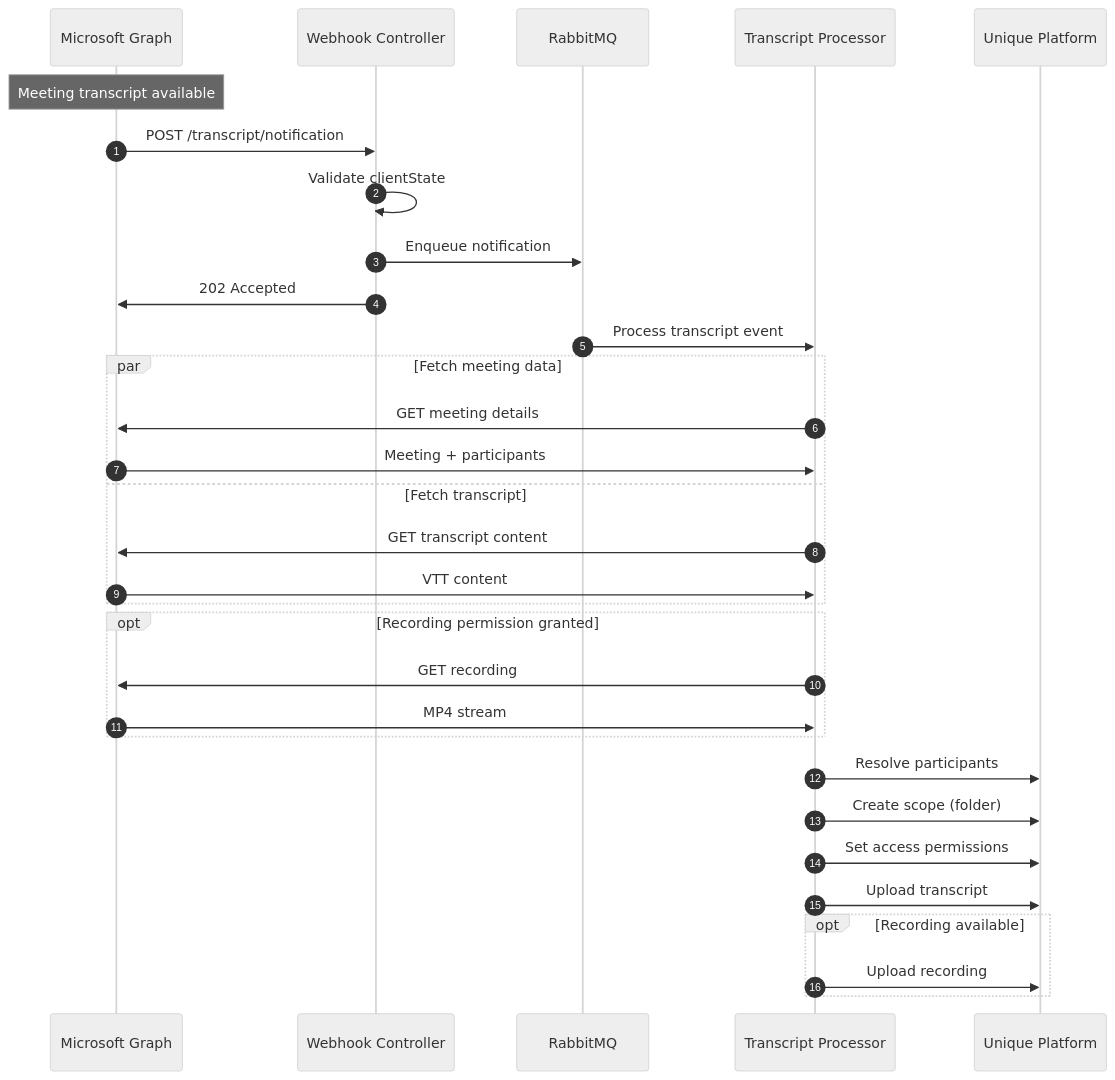
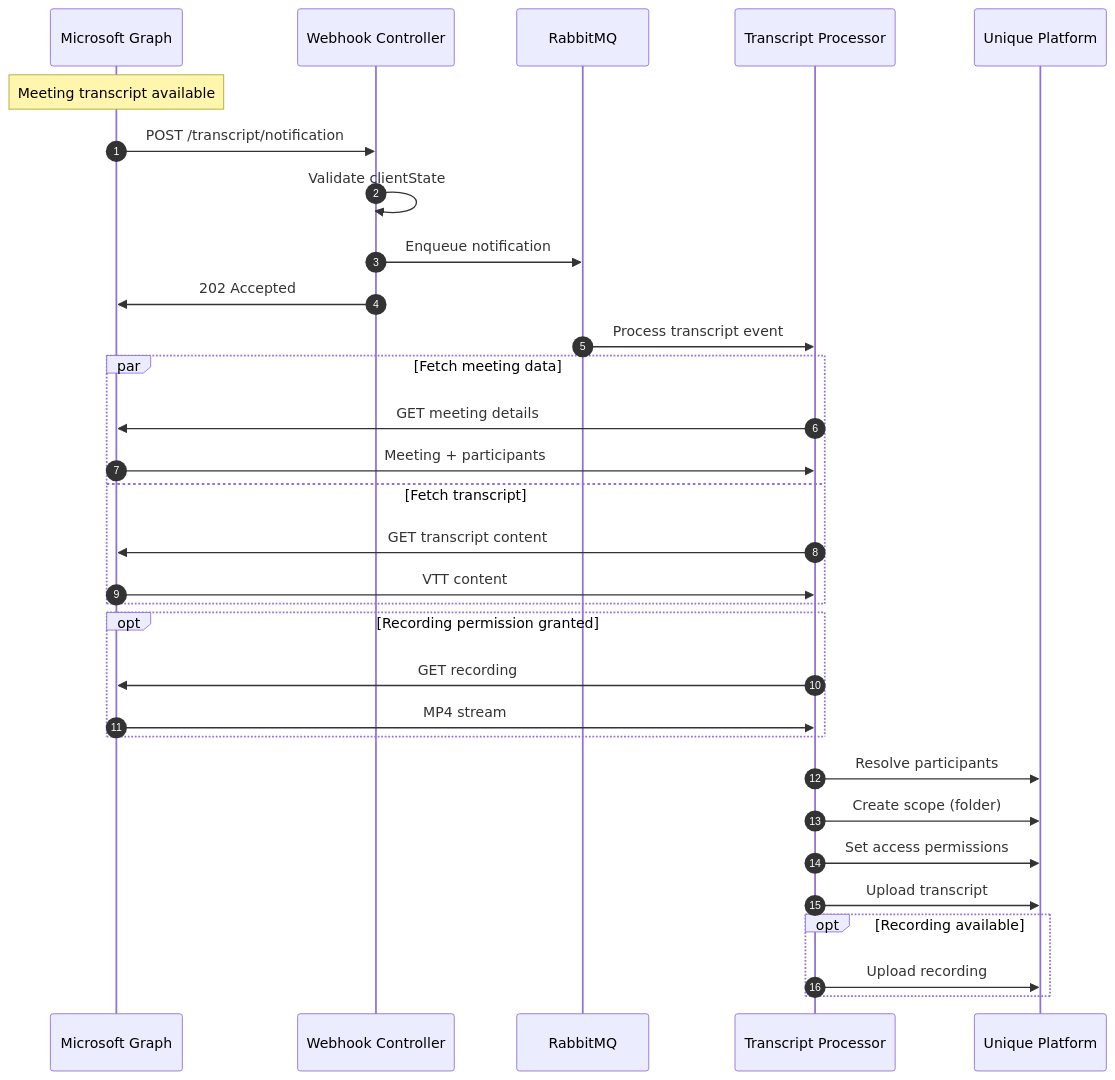
One commit to Unique-AG/connectors changed the third of 4 diagrams in services/teams-mcp/docs/index.md. Above: the diagram before and after it, drawn with Mermaid. The commit also changed other lines of this file and 4 other files, not shown here.

````diff
--- a/services/teams-mcp/docs/index.md
+++ b/services/teams-mcp/docs/index.md
@@ -205,39 +204,38 @@
 ```mermaid
-%%{init: {'theme': 'neutral', 'themeVariables': { 'fontSize': '14px' }}}%%
 sequenceDiagram
     autonumber
     participant Graph as Microsoft Graph
     participant API as Webhook Controller
     participant Queue as RabbitMQ
     participant Processor as Transcript Processor
     participant Unique as Unique Platform
 
     Note over Graph: Meeting transcript available
     Graph->>API: POST /transcript/notification
     API->>API: Validate clientState
     API->>Queue: Enqueue notification
     API->>Graph: 202 Accepted
 
     Queue->>Processor: Process transcript event
-    
+
     par Fetch meeting data
         Processor->>Graph: GET meeting details
         Graph->>Processor: Meeting + participants
     and Fetch transcript
         Processor->>Graph: GET transcript content
         Graph->>Processor: VTT content
     end
 
     opt Recording permission granted
         Processor->>Graph: GET recording
         Graph->>Processor: MP4 stream
     end
 
     Processor->>Unique: Resolve participants
     Processor->>Unique: Create scope (folder)
     Processor->>Unique: Set access permissions
     Processor->>Unique: Upload transcript
     opt Recording available
         Processor->>Unique: Upload recording
     end
 ```
````
